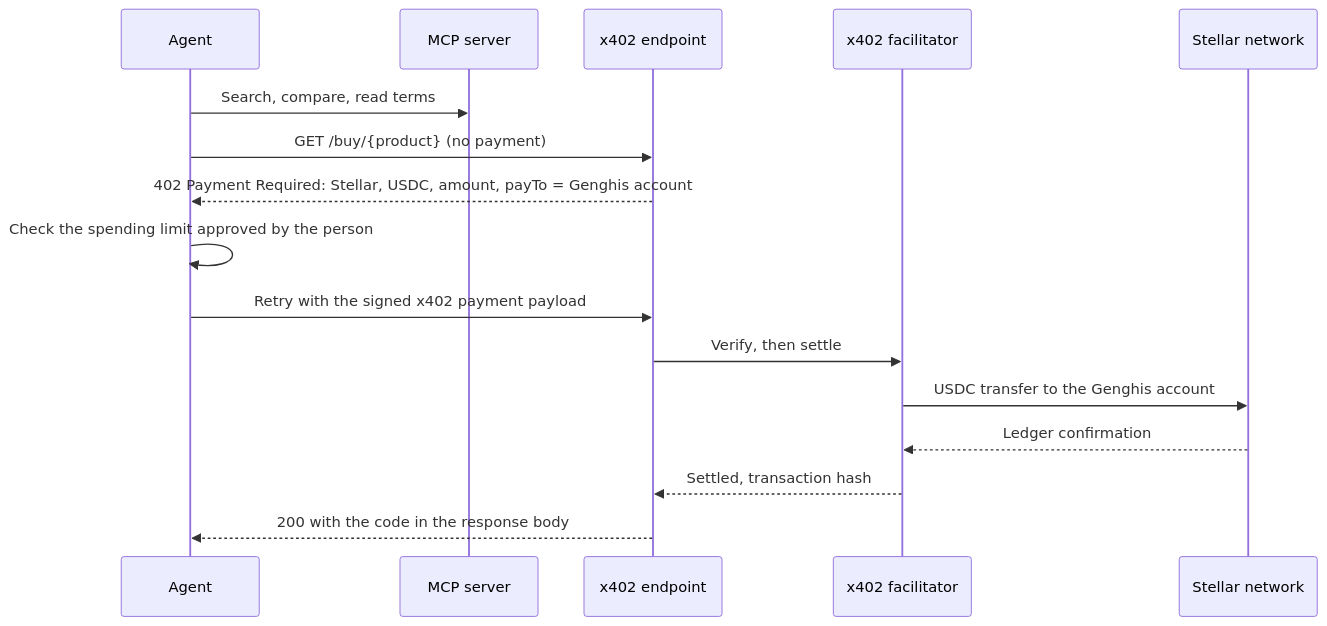
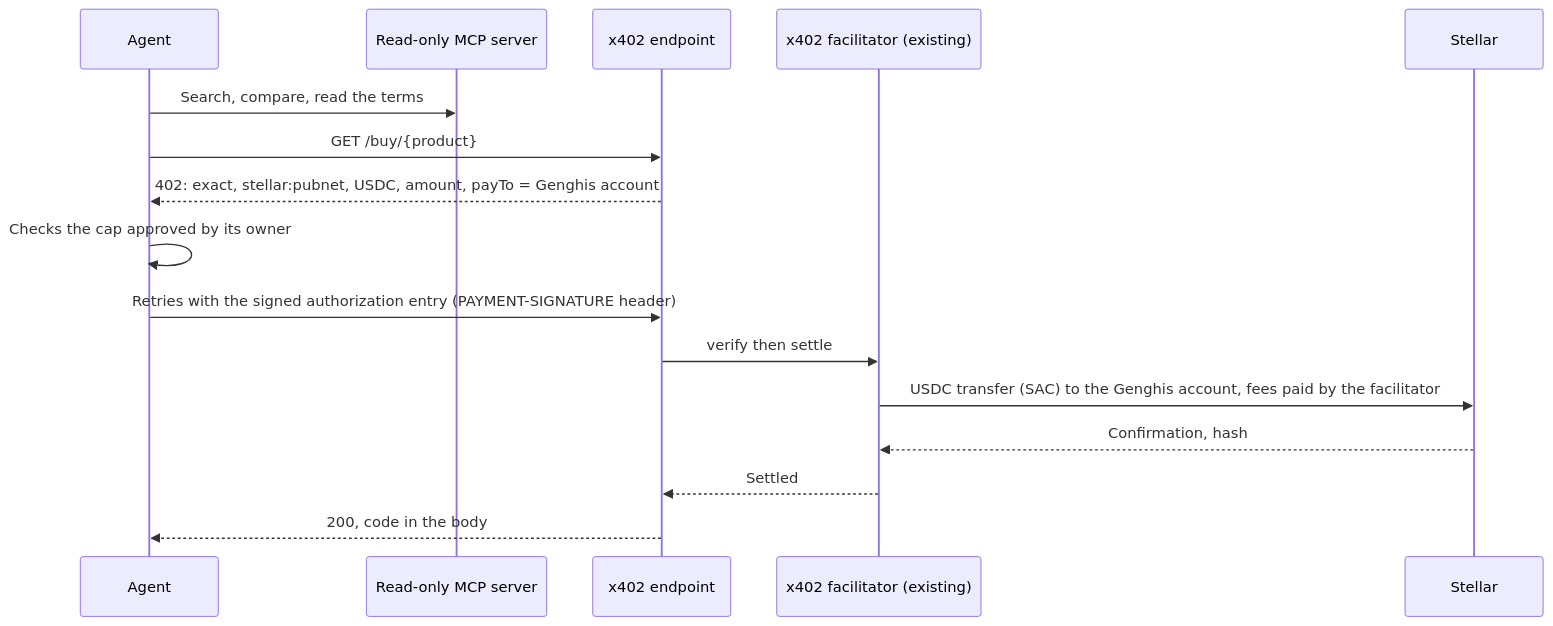
One commit to genghisecommerce/genghis-stellar-docs changed the third of 4 diagrams in ARCHITECTURE.md. Above: the diagram before and after it, drawn with Mermaid. The commit also changed other lines of this file and 1 other file, not shown here.

Commit message:
Architecture v3: USDC settlement, CCTP, Near Intents, Axelar, purchase API

````diff
--- a/ARCHITECTURE.md
+++ b/ARCHITECTURE.md
@@ -66,18 +179,18 @@
 ```mermaid
 sequenceDiagram
     participant A as Agent
-    participant M as MCP server
+    participant M as Read-only MCP server
     participant X as x402 endpoint
-    participant F as x402 facilitator
-    participant N as Stellar network
-    A->>M: Search, compare, read terms
-    A->>X: GET /buy/{product} (no payment)
-    X-->>A: 402 Payment Required: Stellar, USDC, amount, payTo = Genghis account
-    A->>A: Check the spending limit approved by the person
-    A->>X: Retry with the signed x402 payment payload
-    X->>F: Verify, then settle
-    F->>N: USDC transfer to the Genghis account
-    N-->>F: Ledger confirmation
-    F-->>X: Settled, transaction hash
-    X-->>A: 200 with the code in the response body
+    participant F as x402 facilitator (existing)
+    participant N as Stellar
+    A->>M: Search, compare, read the terms
+    A->>X: GET /buy/{product}
+    X-->>A: 402: exact, stellar:pubnet, USDC, amount, payTo = Genghis account
+    A->>A: Checks the cap approved by its owner
+    A->>X: Retries with the signed authorization entry (PAYMENT-SIGNATURE header)
+    X->>F: verify then settle
+    F->>N: USDC transfer (SAC) to the Genghis account, fees paid by the facilitator
+    N-->>F: Confirmation, hash
+    F-->>X: Settled
+    X-->>A: 200, code in the body
 ```
````
